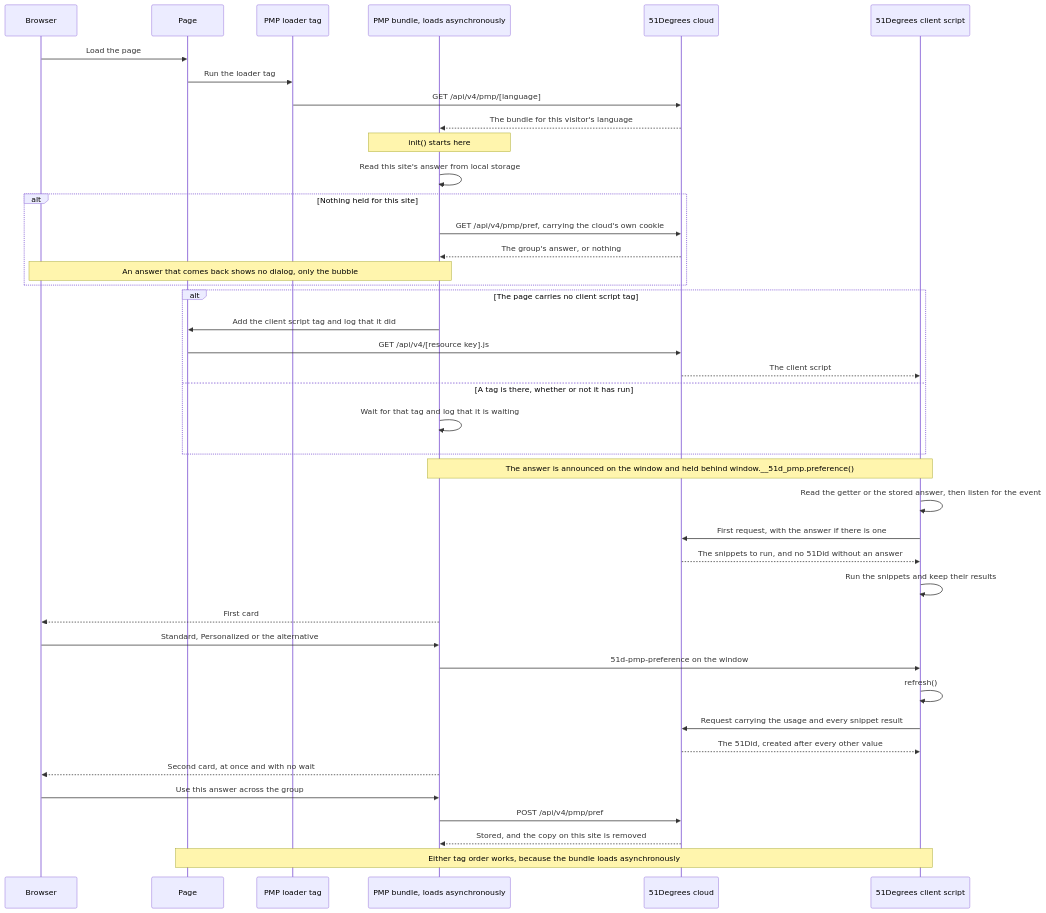
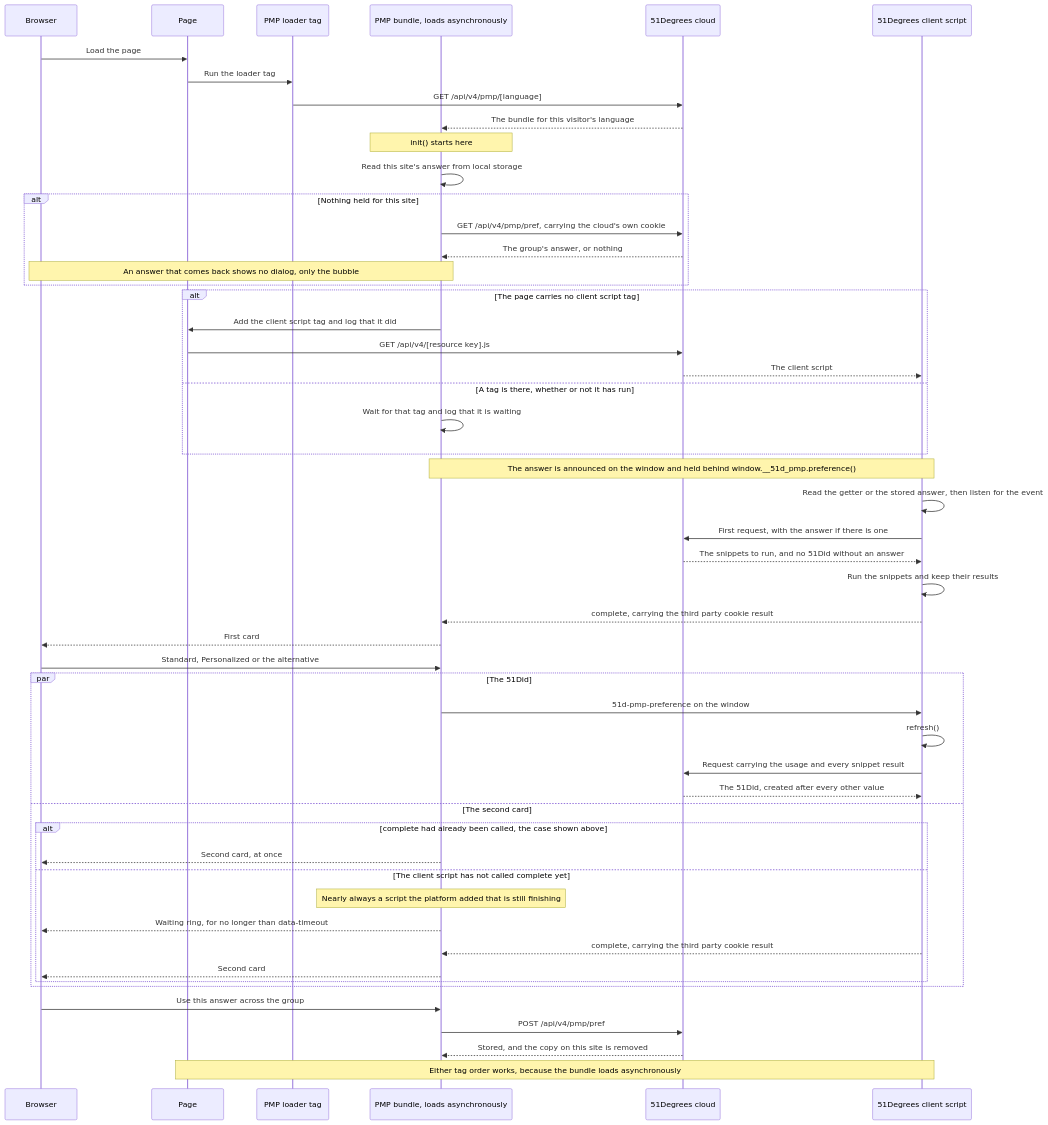
The diagram in src/identifiers/pmp/index.md (51Degrees/documentation), drawn with Mermaid before and after one commit. The commit also changed other lines of this file and 2 other files, not shown here.

````diff
--- a/src/identifiers/pmp/index.md
+++ b/src/identifiers/pmp/index.md
@@ -77,50 +80,61 @@
 ```mermaid
 sequenceDiagram
     participant Browser as Browser
     participant Page as Page
     participant Loader as PMP loader tag
     participant Bundle as PMP bundle, loads asynchronously
     participant Cloud as 51Degrees cloud
     participant Script as 51Degrees client script
 
     Browser->>Page: Load the page
     Page->>Loader: Run the loader tag
     Loader->>Cloud: GET /api/v4/pmp/[language]
     Cloud-->>Bundle: The bundle for this visitor's language
 
     Note over Bundle: init() starts here
     Bundle->>Bundle: Read this site's answer from local storage
     alt Nothing held for this site
         Bundle->>Cloud: GET /api/v4/pmp/pref, carrying the cloud's own cookie
         Cloud-->>Bundle: The group's answer, or nothing
         Note over Browser,Bundle: An answer that comes back shows no dialog, only the bubble
     end
 
     alt The page carries no client script tag
         Bundle->>Page: Add the client script tag and log that it did
         Page->>Cloud: GET /api/v4/[resource key].js
         Cloud-->>Script: The client script
     else A tag is there, whether or not it has run
         Bundle->>Bundle: Wait for that tag and log that it is waiting
     end
 
     Note over Bundle,Script: The answer is announced on the window and held behind window.__51d_pmp.preference()
     Script->>Script: Read the getter or the stored answer, then listen for the event
     Script->>Cloud: First request, with the answer if there is one
     Cloud-->>Script: The snippets to run, and no 51Did without an answer
     Script->>Script: Run the snippets and keep their results
+    Script-->>Bundle: complete, carrying the third party cookie result
 
     Bundle-->>Browser: First card
     Browser->>Bundle: Standard, Personalized or the alternative
-    Bundle->>Script: 51d-pmp-preference on the window
-    Script->>Script: refresh()
-    Script->>Cloud: Request carrying the usage and every snippet result
-    Cloud-->>Script: The 51Did, created after every other value
+    par The 51Did
+        Bundle->>Script: 51d-pmp-preference on the window
+        Script->>Script: refresh()
+        Script->>Cloud: Request carrying the usage and every snippet result
+        Cloud-->>Script: The 51Did, created after every other value
+    and The second card
+        alt complete had already been called, the case shown above
+            Bundle-->>Browser: Second card, at once
+        else The client script has not called complete yet
+            Note over Bundle: Nearly always a script the platform added that is still finishing
+            Bundle-->>Browser: Waiting ring, for no longer than data-timeout
+            Script-->>Bundle: complete, carrying the third party cookie result
+            Bundle-->>Browser: Second card
+        end
+    end
 
-    Bundle-->>Browser: Second card, at once and with no wait
     Browser->>Bundle: Use this answer across the group
     Bundle->>Cloud: POST /api/v4/pmp/pref
     Cloud-->>Bundle: Stored, and the copy on this site is removed
 
     Note over Page,Script: Either tag order works, because the bundle loads asynchronously
 ```
````
